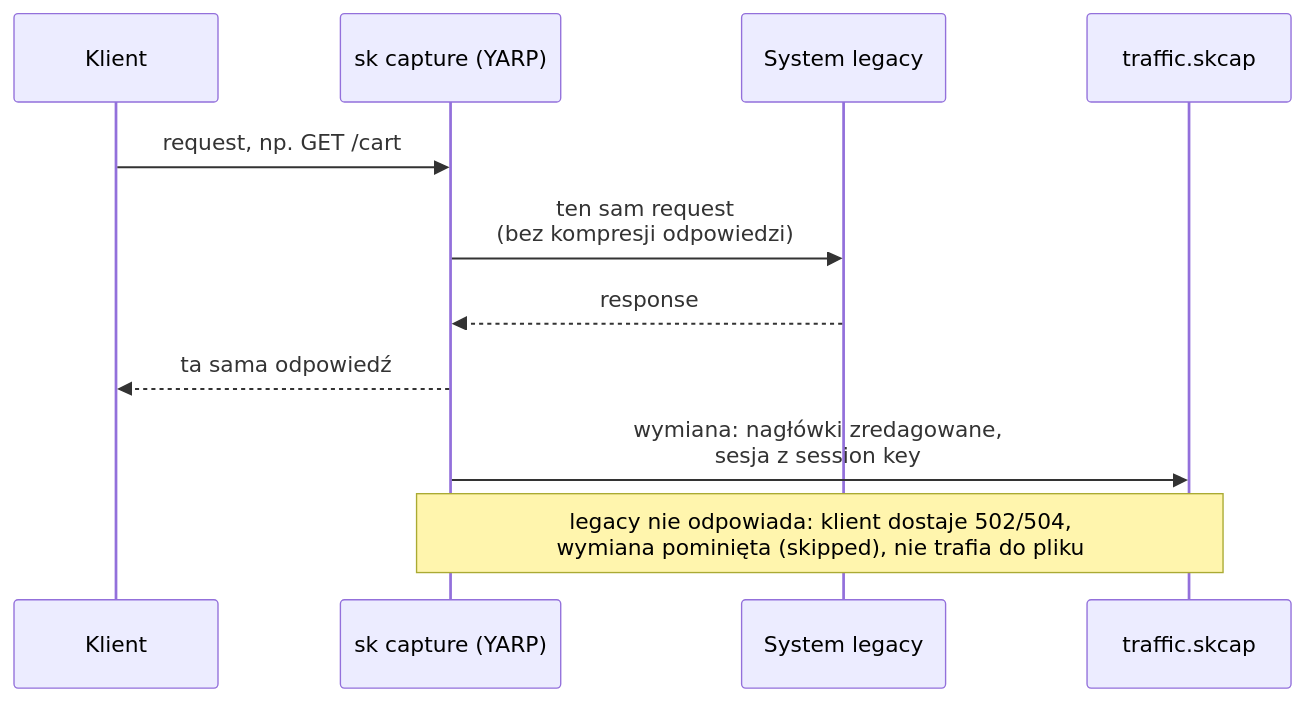
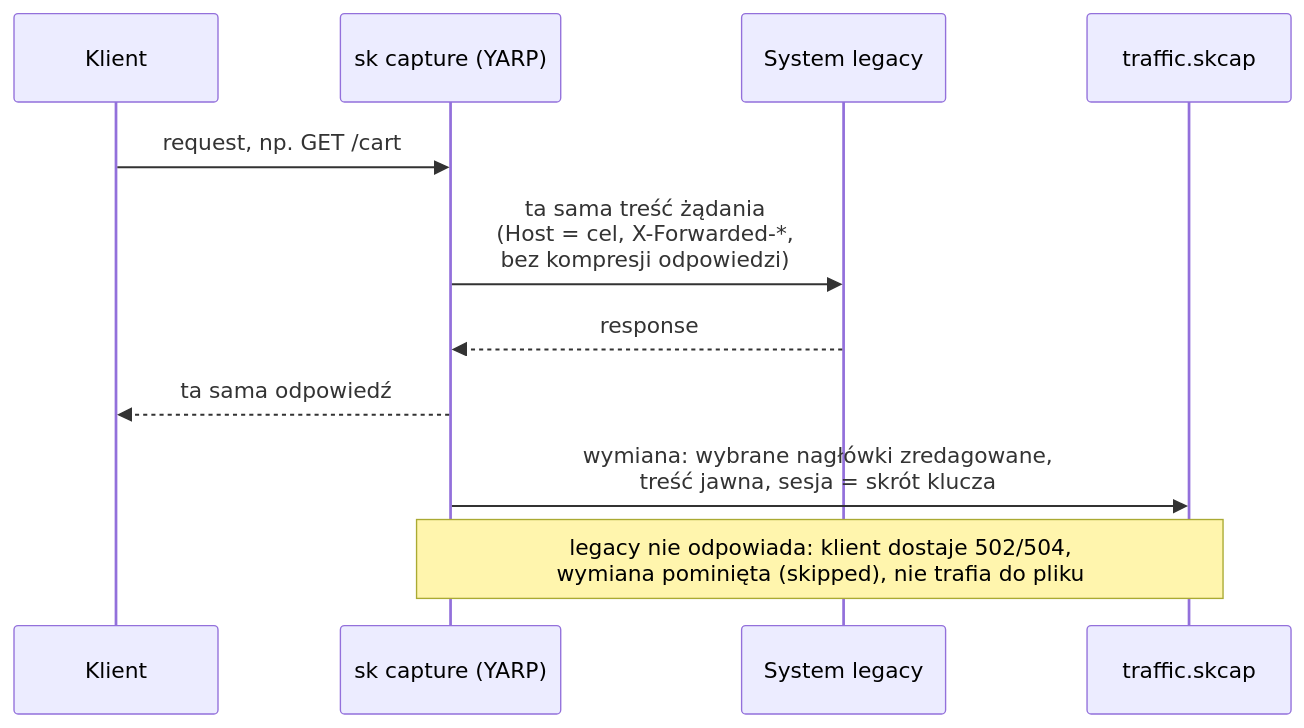
Before and after one commit to konradcinkusz/letsgolegacy.secondkey: the diagram in docs/diagrams/a3-sekwencja-capture.mmd, drawn with Mermaid. The commit also changed 4 other files, not shown here.

```diff
--- a/docs/diagrams/a3-sekwencja-capture.mmd
+++ b/docs/diagrams/a3-sekwencja-capture.mmd
@@ -1,11 +1,11 @@
 sequenceDiagram
   participant K as Klient
   participant P as sk capture (YARP)
   participant L as System legacy
   participant F as traffic.skcap
   K->>P: request, np. GET /cart
-  P->>L: ten sam request<br/>(bez kompresji odpowiedzi)
+  P->>L: ta sama treść żądania<br/>(Host = cel, X-Forwarded-*,<br/>bez kompresji odpowiedzi)
   L-->>P: response
   P-->>K: ta sama odpowiedź
-  P->>F: wymiana: nagłówki zredagowane,<br/>sesja z session key
+  P->>F: wymiana: wybrane nagłówki zredagowane,<br/>treść jawna, sesja = skrót klucza
   Note over P,F: legacy nie odpowiada: klient dostaje 502/504,<br/>wymiana pominięta (skipped), nie trafia do pliku
```
